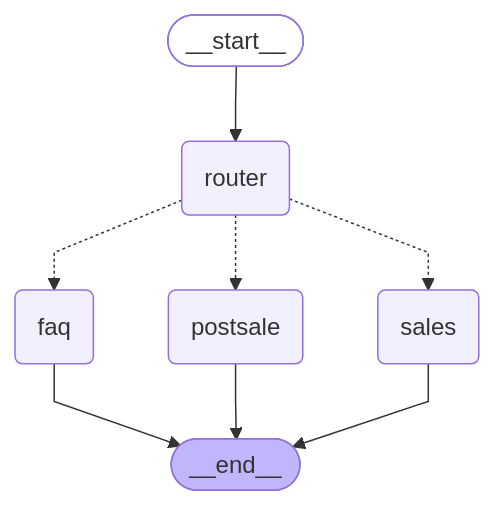
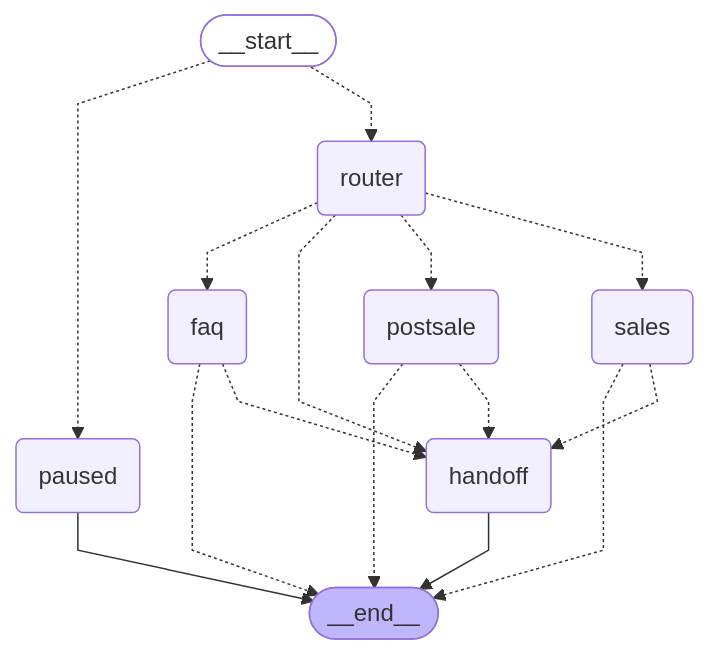
The diagram in docs/agent_graph.md (JulioPradenas/agente-comercio-whatsapp), drawn with Mermaid before and after one commit. The commit also changed 14 other files, not shown here.

````diff
--- a/docs/agent_graph.md
+++ b/docs/agent_graph.md
@@ -3,24 +3,33 @@
 ```mermaid
 ---
 config:
   flowchart:
     curve: linear
 ---
 graph TD;
 	__start__([<p>__start__</p>]):::first
 	router(router)
 	sales(sales)
 	postsale(postsale)
 	faq(faq)
+	handoff(handoff)
+	paused(paused)
 	__end__([<p>__end__</p>]):::last
-	__start__ --> router;
+	__start__ -.-> paused;
+	__start__ -.-> router;
+	faq -.-> __end__;
+	faq -.-> handoff;
+	postsale -.-> __end__;
+	postsale -.-> handoff;
 	router -.-> faq;
+	router -.-> handoff;
 	router -.-> postsale;
 	router -.-> sales;
-	faq --> __end__;
-	postsale --> __end__;
-	sales --> __end__;
+	sales -.-> __end__;
+	sales -.-> handoff;
+	handoff --> __end__;
+	paused --> __end__;
 	classDef default fill:#f2f0ff,line-height:1.2
 	classDef first fill-opacity:0
 	classDef last fill:#bfb6fc
 ```
````
